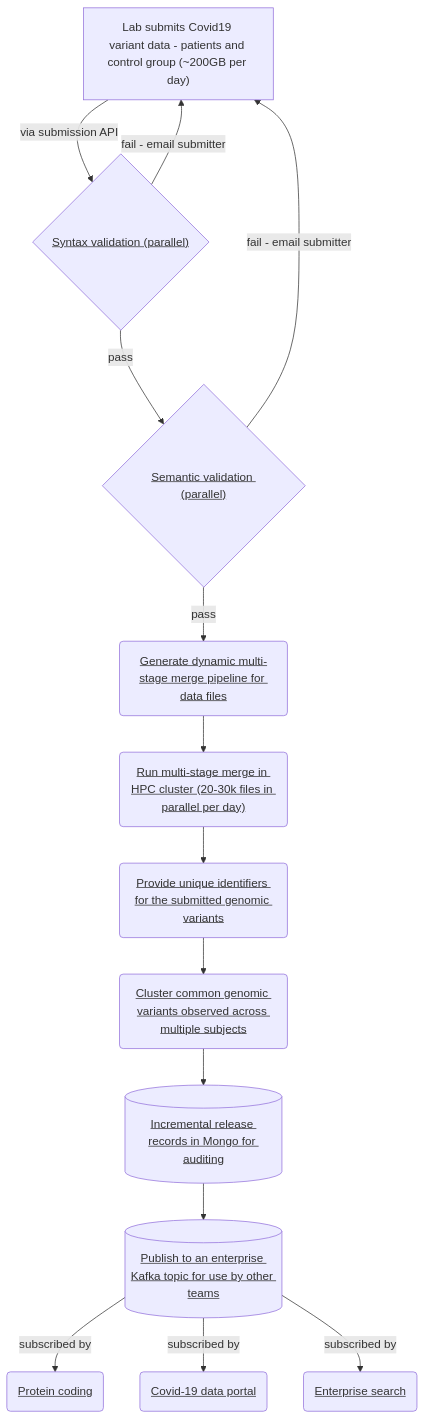
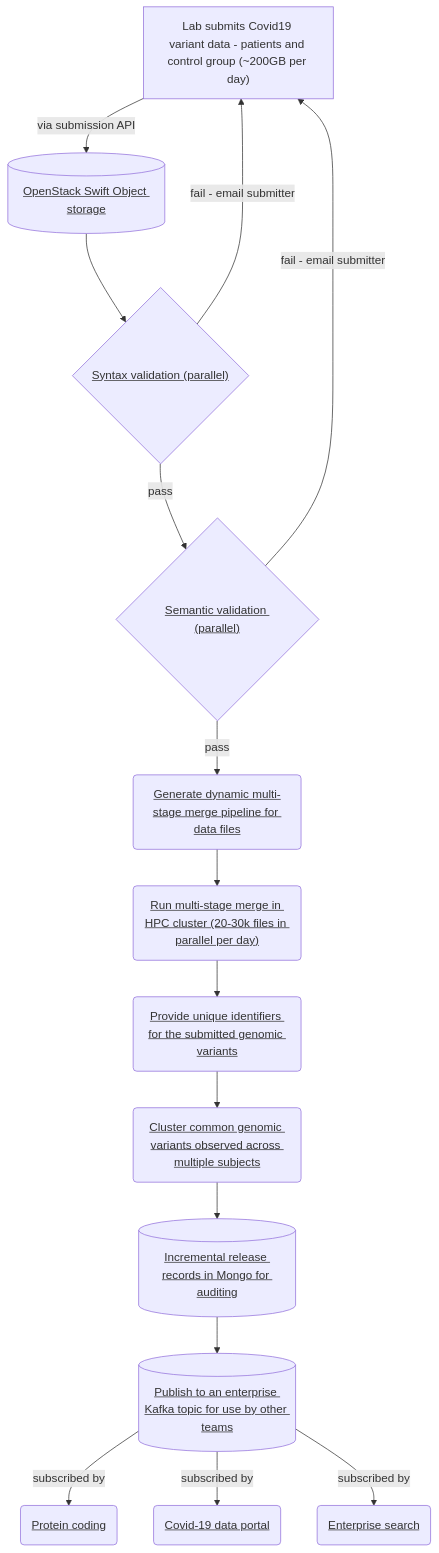
One commit to sundarvenkata/covid19dp-process changed the diagram in process-diagram.md. Above: the diagram before and after it, drawn with Mermaid.

````diff
--- a/process-diagram.md
+++ b/process-diagram.md
@@ -5,26 +5,27 @@
 ```mermaid
 graph TD
-    user["Lab submits Covid19 variant data - patients and control group (~200GB per day)"] -->|via submission API|validateVCF{"<u>Syntax validation (parallel)</u>"}
+    user["Lab submits Covid19 variant data - patients and control group (~200GB per day)"] --> |via submission API| depositArea[("<u>OpenStack Swift Object storage</u>")]
+	depositArea --> validateVCF{"<u>Syntax validation (parallel)</u>"}
 	validateVCF --> |pass| validateSemantics{"<u>Semantic validation (parallel)</u>"}
 	validateVCF --> |fail - email submitter| user
 	validateSemantics --> |fail - email submitter| user
 	validateSemantics --> |pass| semanticMergeGenerate(<u>Generate dynamic multi-stage merge pipeline for data files</u>)
 	semanticMergeGenerate --> semanticMerge("<u>Run multi-stage merge in HPC cluster (20-30k files in parallel per day)</u>")
 	semanticMerge --> accession("<u>Provide unique identifiers for the submitted genomic variants</u>")
 	accession --> clustering("<u>Cluster common genomic variants observed across multiple subjects</u>")
 	clustering --> incrementalRelease[("<u>Incremental release records in Mongo for auditing</u>")]
 	incrementalRelease --> kafkaPublish[("<u>Publish to an enterprise Kafka topic for use by other teams</u>")]
 	kafkaPublish --> |subscribed by| proteinCoding("<u>Protein coding</u>") 
 	kafkaPublish --> |subscribed by| dataPortal("<u>Covid-19 data portal</u>")
 	kafkaPublish --> |subscribed by| enterpriseSearch("<u>Enterprise search</u>")
 	
 	click validateVCF "https://github.com/EBIvariation/vcf-validator"
 	click validateSemantics "https://github.com/EBIvariation/vcf-validator/blob/master/src/assembly_checker_main.cpp"
 	click semanticMergeGenerate "https://github.com/EBIvariation/covid19dp-submission/blob/3a6f3615bb7697a7fb2b51da79ba8d85d02b84b5/covid19dp_submission/steps/vcf_vertical_concat/run_vcf_vertical_concat_pipeline.py#L41"
 	click semanticMerge "https://github.com/EBIvariation/covid19dp-submission/blob/3a6f3615bb7697a7fb2b51da79ba8d85d02b84b5/covid19dp_submission/nextflow/submission_workflow.nf#L67"
 	click accession "https://github.com/EBIvariation/eva-accession/"
 	click clustering "https://github.com/EBIvariation/eva-accession/blob/f9863197a232b535a6b2b8915440f1c4059e48dd/eva-accession-clustering/src/main/java/uk/ac/ebi/eva/accession/clustering/configuration/batch/jobs/ClusteringFromMongoJobConfiguration.java#L98"
 	click incrementalRelease "https://github.com/EBIvariation/eva-accession/blob/f9863197a232b535a6b2b8915440f1c4059e48dd/eva-accession-release/src/main/java/uk/ac/ebi/eva/accession/release/configuration/batch/steps/CreateIncrementalReleaseStepConfiguration.java#L87"
 	click proteinCoding "https://www.covid19dataportal.org/search/proteins?db=uniprot-covid19&size=15&facets=TAXONOMY:2697049&crossReferencesOption=all"
 	click dataPortal "https://www.covid19dataportal.org/search/sequences?crossReferencesOption=all&overrideDefaultDomain=true&db=eva-variants-covid19&size=15"
   ```
````
